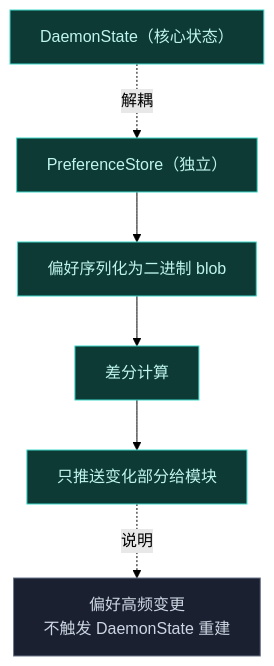
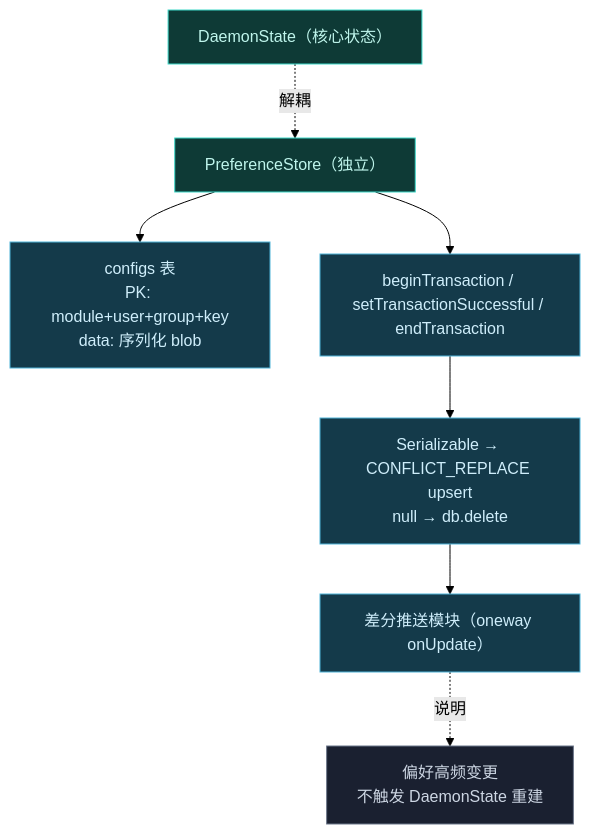
One commit to android-security-engineer/Vector-skills changed the seventh of 9 diagrams in website/docs/architecture/concurrency.md. Above: the diagram before and after it, drawn with Mermaid (forest theme). The commit also changed other lines of this file and 176 other files, not shown here.

````diff
--- a/website/docs/architecture/concurrency.md
+++ b/website/docs/architecture/concurrency.md
@@ -84,13 +154,14 @@
 ```mermaid
 graph TD
     DS["DaemonState（核心状态）"]:::core
     DS -.解耦.-> PS["PreferenceStore（独立）"]:::core
-    PS --> PS1["偏好序列化为二进制 blob"]:::step
-    PS1 --> PS2["差分计算"]:::step
-    PS2 --> PS3["只推送变化部分给模块"]:::step
+    PS --> DB["configs 表<br/>PK: module+user+group+key<br/>data: 序列化 blob"]:::step
+    PS --> PS1["beginTransaction / setTransactionSuccessful / endTransaction"]:::step
+    PS1 --> PS2["Serializable → CONFLICT_REPLACE upsert<br/>null → db.delete"]:::step
+    PS2 --> PS3["差分推送模块（oneway onUpdate）"]:::step
     NOTE["偏好高频变更<br/>不触发 DaemonState 重建"]:::note
     PS3 -.说明.-> NOTE
     classDef core fill:#0e3a36,stroke:#3dd8c8,color:#bff5ec
-    classDef step fill:#0e3a36,stroke:#3dd8c8,color:#bff5ec
+    classDef step fill:#143a4a,stroke:#4fb3d8,color:#cfeefb
     classDef note fill:#1a2030,stroke:#6b7689,color:#cdd6e3
 ```
````
